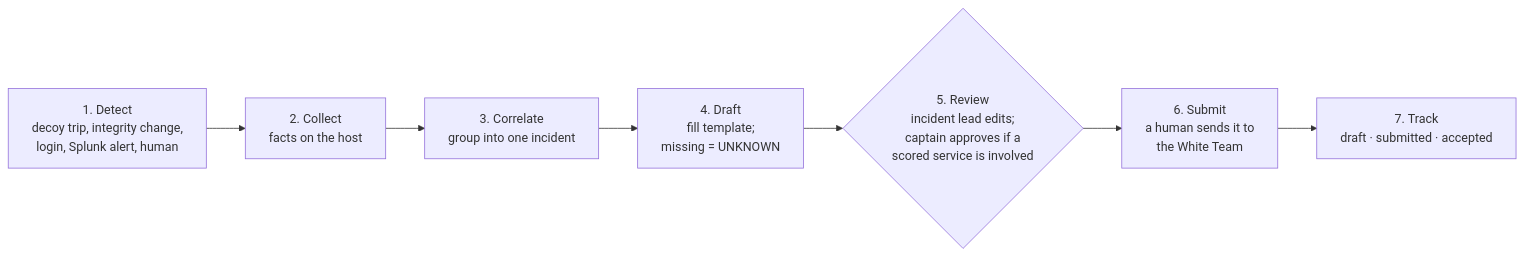
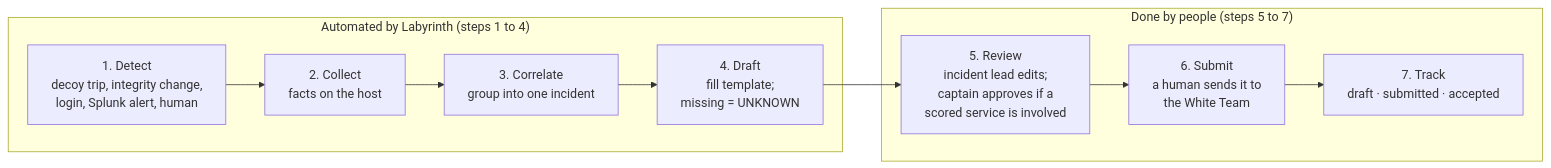
The diagram in docs/design/02-Incident-Reporting-Automation.md (dotnetdork/Labyrinth), drawn with Mermaid before and after one commit. The commit also changed 6 other files, not shown here.

First line of the commit message:
Improve and add Mermaid diagrams

````diff
--- a/docs/design/02-Incident-Reporting-Automation.md
+++ b/docs/design/02-Incident-Reporting-Automation.md
@@ -30,9 +30,14 @@
 ```mermaid
 flowchart LR
-    DET["1. Detect<br/>decoy trip, integrity change,<br/>login, Splunk alert, human"] --> COL["2. Collect<br/>facts on the host"]
-    COL --> COR["3. Correlate<br/>group into one incident"]
-    COR --> DRA["4. Draft<br/>fill template;<br/>missing = UNKNOWN"]
-    DRA --> REV{"5. Review<br/>incident lead edits;<br/>captain approves if a<br/>scored service is involved"}
-    REV --> SUB["6. Submit<br/>a human sends it to<br/>the White Team"]
-    SUB --> TRK["7. Track<br/>draft · submitted · accepted"]
+    subgraph auto["Automated by Labyrinth (steps 1 to 4)"]
+        DET["1. Detect<br/>decoy trip, integrity change,<br/>login, Splunk alert, human"] --> COL["2. Collect<br/>facts on the host"]
+        COL --> COR["3. Correlate<br/>group into one incident"]
+        COR --> DRA["4. Draft<br/>fill template;<br/>missing = UNKNOWN"]
+    end
+    subgraph people["Done by people (steps 5 to 7)"]
+        REV["5. Review<br/>incident lead edits;<br/>captain approves if a<br/>scored service is involved"]
+        REV --> SUB["6. Submit<br/>a human sends it to<br/>the White Team"]
+        SUB --> TRK["7. Track<br/>draft · submitted · accepted"]
+    end
+    DRA --> REV
 ```
````
